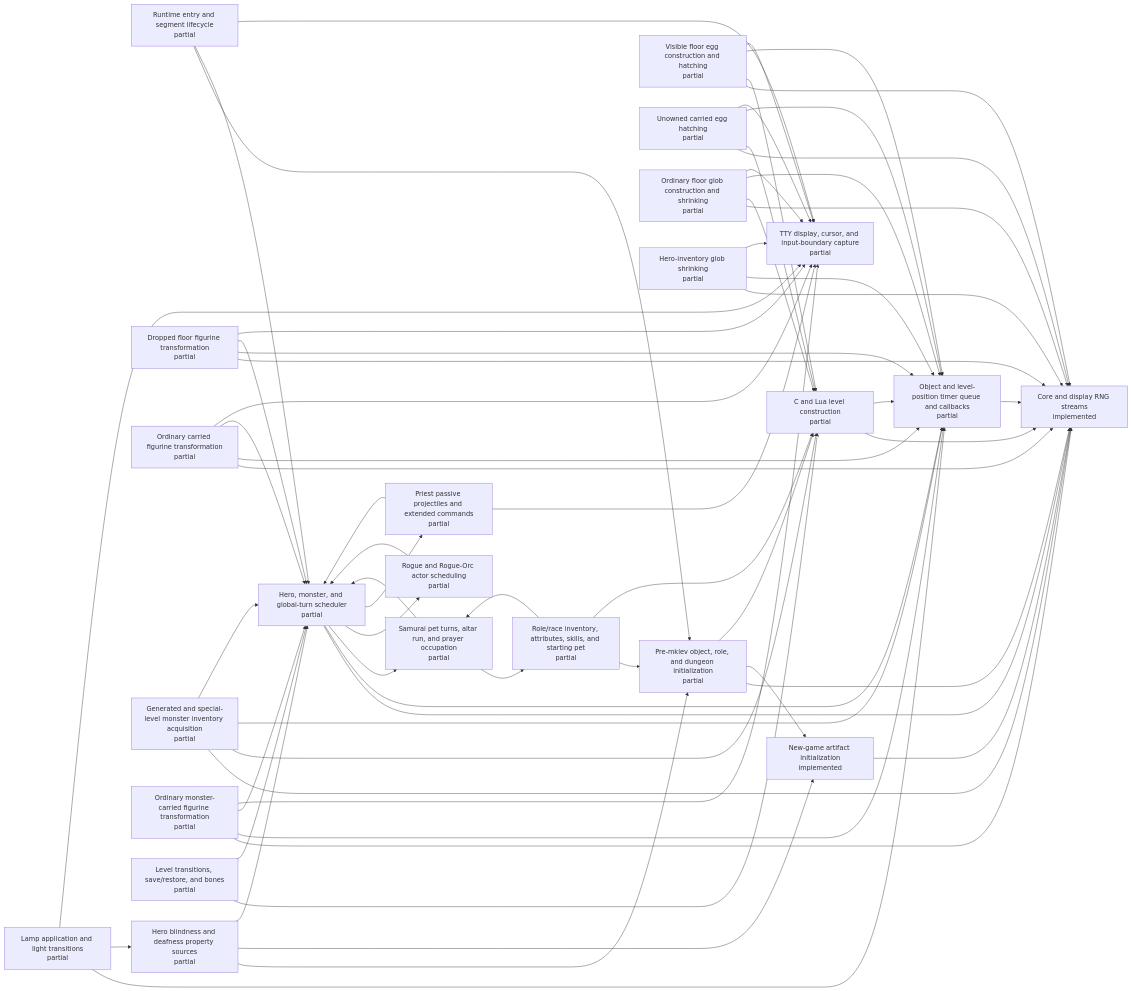
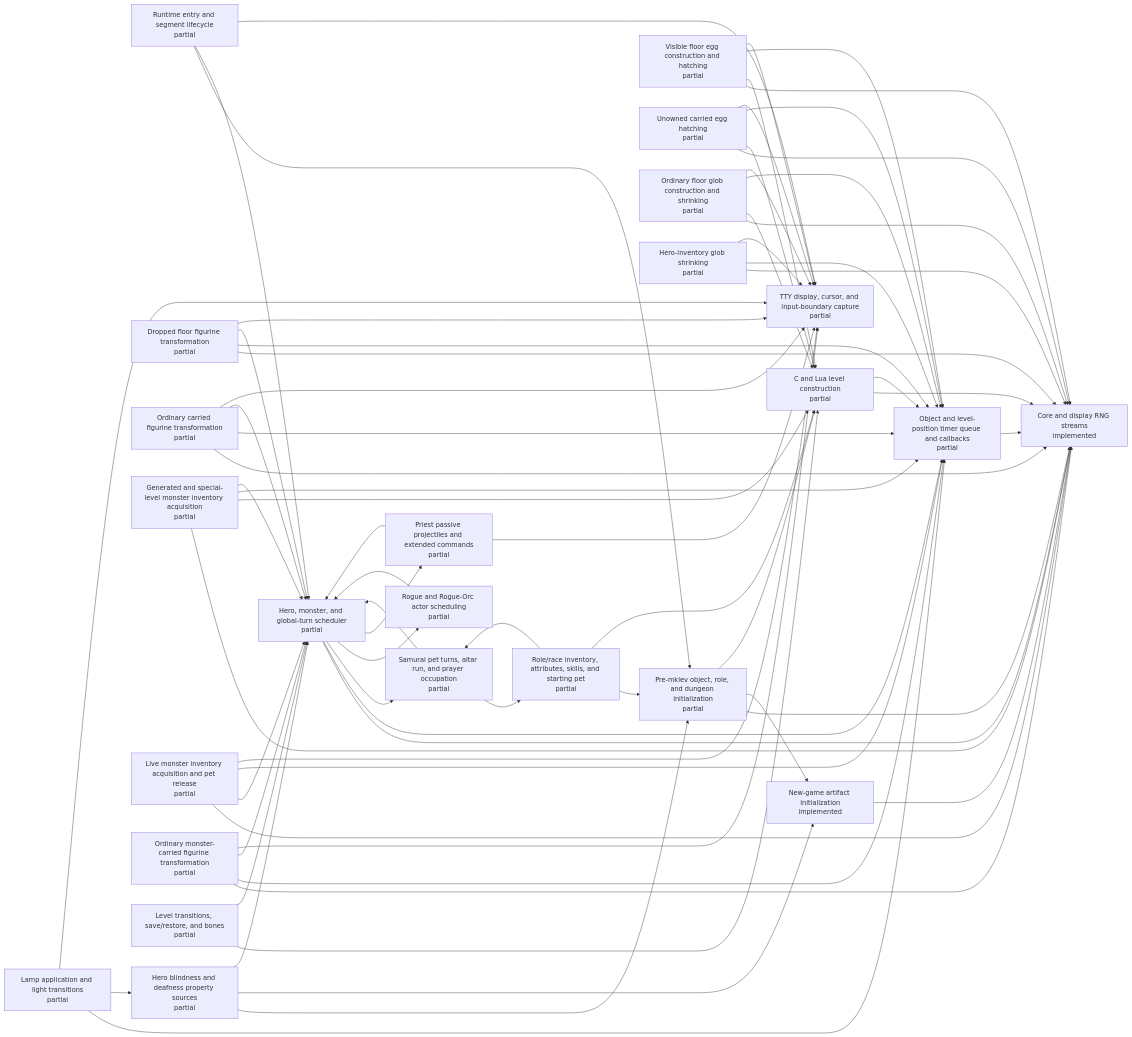
One commit to daoa0601/teleport-contest changed the diagram in docs/architecture/c-lua-ownership.generated.md. Above: the diagram before and after it, drawn with Mermaid. The commit also changed other lines of this file and 3 other files, not shown here.

Commit message:
Record live monster acquisition ownership

```diff
--- a/docs/architecture/c-lua-ownership.generated.md
+++ b/docs/architecture/c-lua-ownership.generated.md
@@ -25,6 +25,7 @@
     n_floor_figurine_transform["Dropped floor figurine transformation<br/>partial"]
     n_carried_figurine_transform["Ordinary carried figurine transformation<br/>partial"]
     n_generated_monster_inventory["Generated and special-level monster inventory acquisition<br/>partial"]
+    n_runtime_monster_inventory_acquisition["Live monster inventory acquisition and pet release<br/>partial"]
     n_monster_figurine_transform["Ordinary monster-carried figurine transformation<br/>partial"]
     n_timed_lamp_application["Lamp application and light transitions<br/>partial"]
     n_turn_scheduler["Hero, monster, and global-turn scheduler<br/>partial"]
@@ -76,6 +77,10 @@
     n_generated_monster_inventory --> n_level_generation
     n_generated_monster_inventory --> n_object_timer_queue
     n_generated_monster_inventory --> n_turn_scheduler
+    n_runtime_monster_inventory_acquisition --> n_rng_core
+    n_runtime_monster_inventory_acquisition --> n_turn_scheduler
+    n_runtime_monster_inventory_acquisition --> n_object_timer_queue
+    n_runtime_monster_inventory_acquisition --> n_tty_display
     n_monster_figurine_transform --> n_rng_core
     n_monster_figurine_transform --> n_object_timer_queue
     n_monster_figurine_transform --> n_turn_scheduler
```
